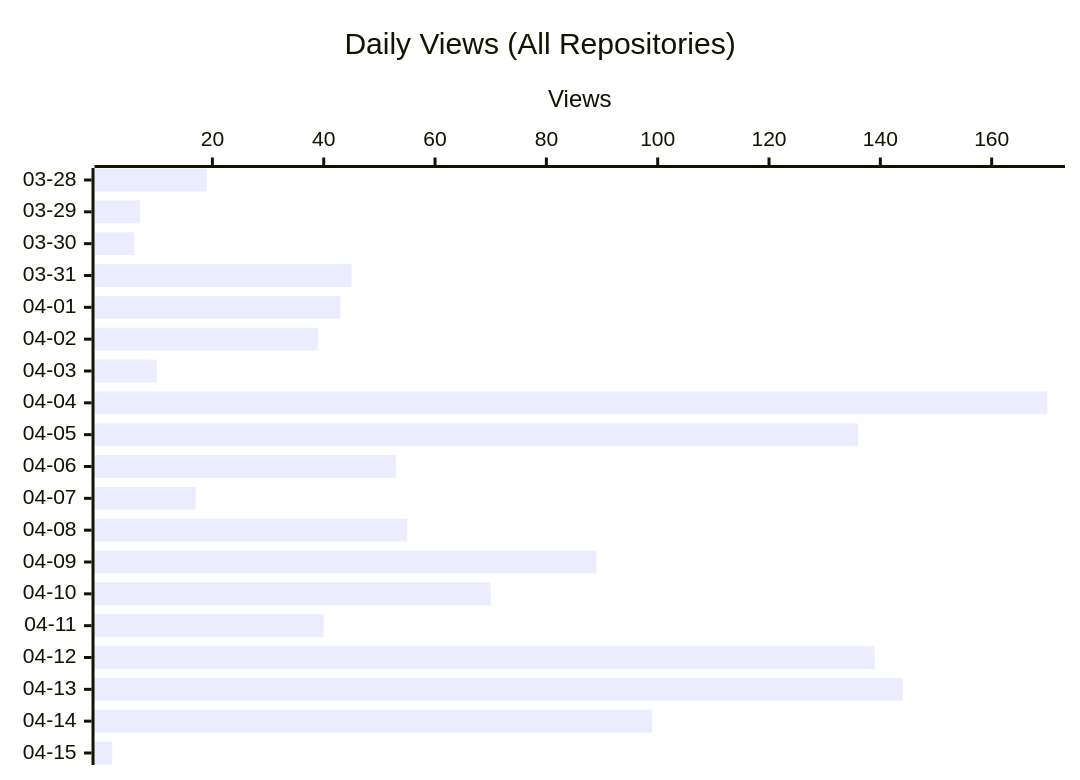
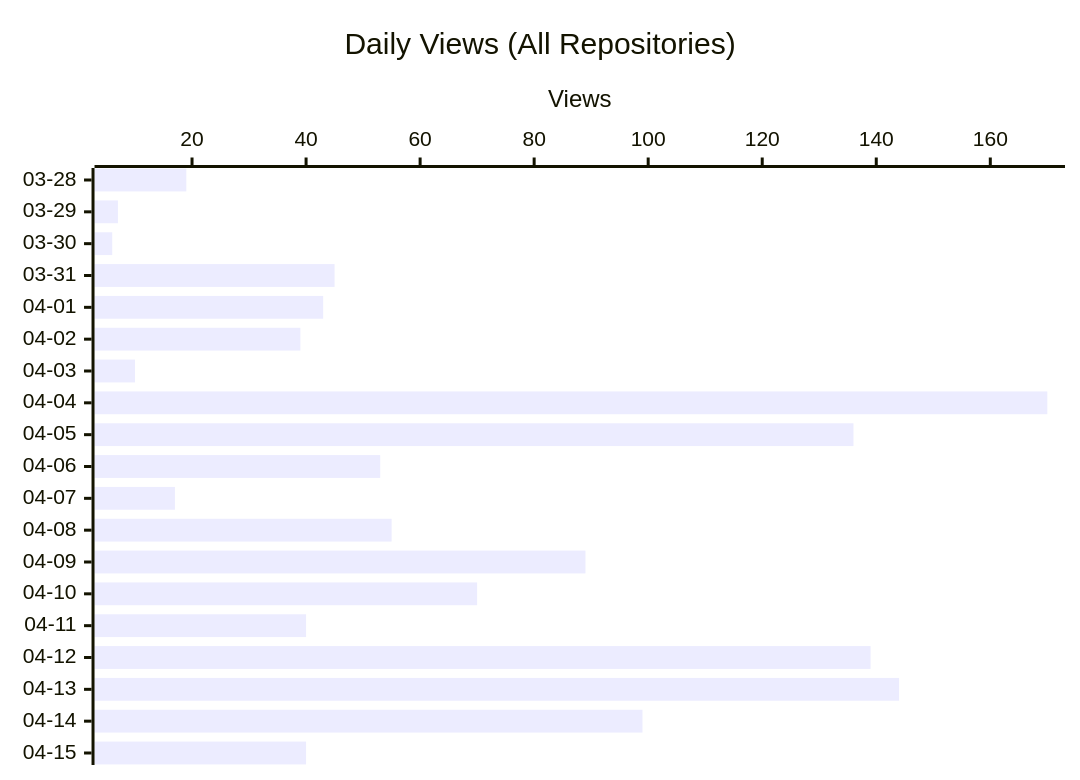
One commit to shigechika/github-insights changed the second of 3 diagrams in README.md. Above: the diagram before and after it, drawn with Mermaid. The commit also changed other lines of this file and 1 other file, not shown here.

````diff
--- a/README.md
+++ b/README.md
@@ -22,7 +22,7 @@
 ```mermaid
 xychart-beta horizontal
     title "Daily Views (All Repositories)"
     x-axis ["03-28", "03-29", "03-30", "03-31", "04-01", "04-02", "04-03", "04-04", "04-05", "04-06", "04-07", "04-08", "04-09", "04-10", "04-11", "04-12", "04-13", "04-14", "04-15"]
     y-axis "Views"
-    bar [19, 7, 6, 45, 43, 39, 10, 170, 136, 53, 17, 55, 89, 70, 40, 139, 144, 99, 2]
+    bar [19, 7, 6, 45, 43, 39, 10, 170, 136, 53, 17, 55, 89, 70, 40, 139, 144, 99, 40]
 ```
````
